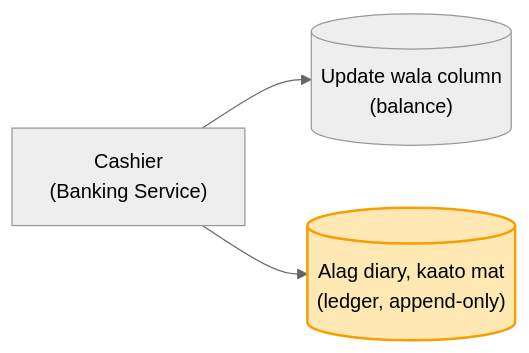
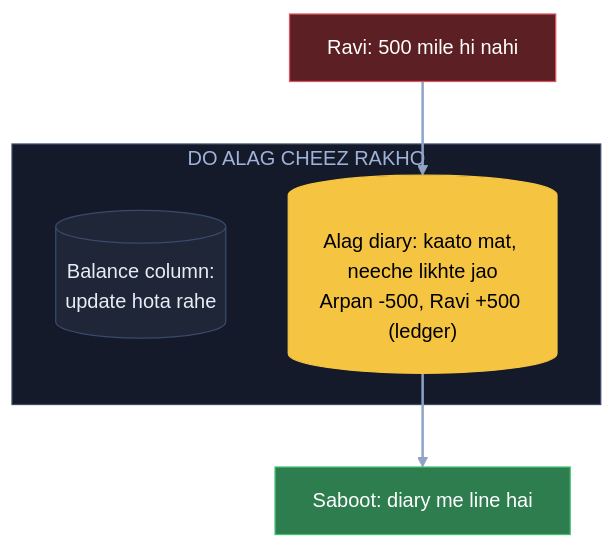
One commit to ArpanMaheshwari144/Prep changed the fourth of 20 diagrams in 04_HLD/SYSTEM_DESIGNS/13_banking_system/13_banking_system.md. Above: the diagram before and after it, drawn with Mermaid (neutral theme). The commit also changed other lines of this file, not shown here.

Commit message:
Banking: 20 diagram hand notes ke shabdon se (branch, register, diary, laptop, photocopy, chhotu)

````diff
--- a/04_HLD/SYSTEM_DESIGNS/13_banking_system/13_banking_system.md
+++ b/04_HLD/SYSTEM_DESIGNS/13_banking_system/13_banking_system.md
@@ -98,6 +134,17 @@
 ```mermaid
-flowchart LR
-    C["Cashier<br/>(Banking Service)"] --> B[("Update wala column<br/>(balance)")]
-    C --> L[("Alag diary, kaato mat<br/>(ledger, append-only)")]
-    style L fill:#ffe8b3,stroke:#f59f00,stroke-width:2px,color:#000
+flowchart TB
+    R["Ravi: 500 mile hi nahi"]:::bad
+    subgraph DA["DO ALAG CHEEZ RAKHO"]
+        C[("Balance column:<br/>update hota rahe")]:::card
+        L[("Alag diary: kaato mat, neeche likhte jao<br/>Arpan -500, Ravi +500 (ledger)")]:::pill
+    end
+    OK["Saboot: diary me line hai"]:::good
+    R --> L
+    L --> OK
+    linkStyle default stroke:#8fa3c7,stroke-width:2px
+    classDef card fill:#1e2638,stroke:#3a4a6b,color:#e8ecf5
+    classDef pill fill:#f5c542,stroke:#f5c542,color:#000
+    classDef good fill:#2e7d4f,stroke:#3fbf6f,color:#fff
+    classDef bad fill:#5c1f24,stroke:#e05561,color:#fff
+    style DA fill:#141a29,stroke:#3a4a6b,color:#9fb3d9
 ```
````
